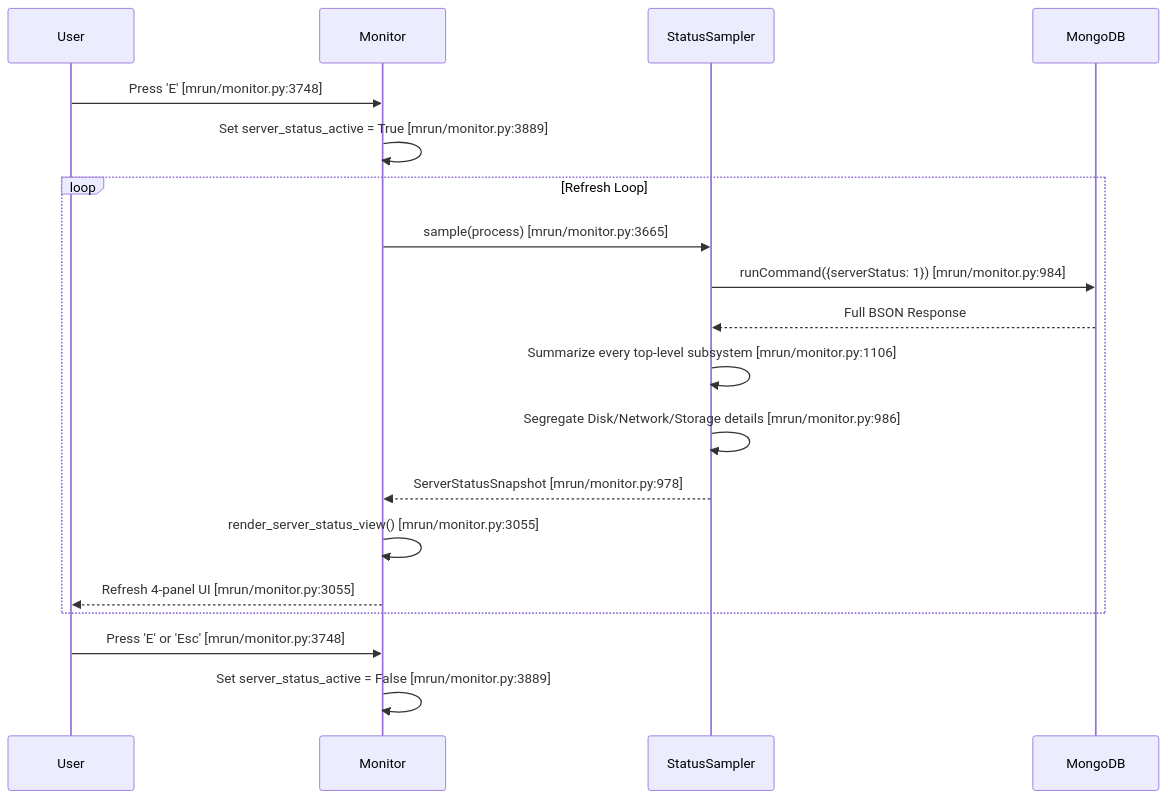
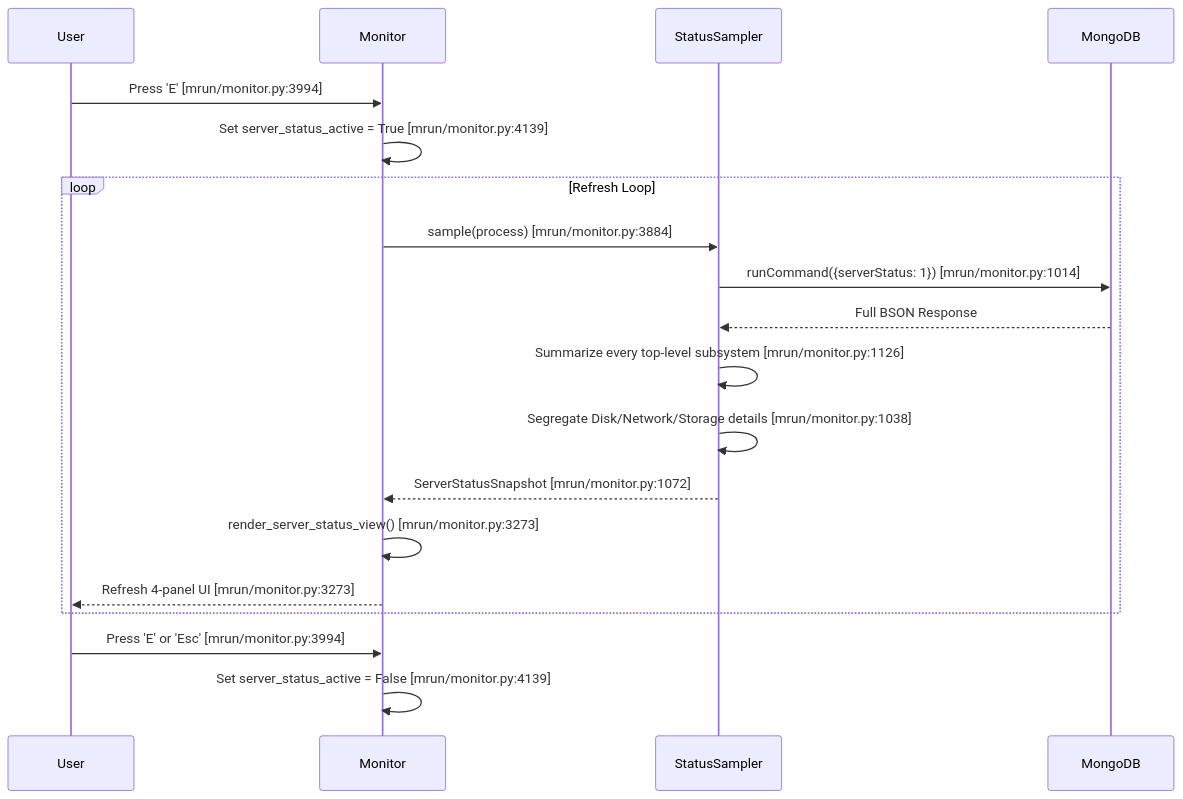
One commit to mongodb/mlaunch changed the fifth of 13 diagrams in doc/feature-monitor-guide.md. Above: the diagram before and after it, drawn with Mermaid. The commit also changed other lines of this file and 2 other files, not shown here.

````diff
--- a/doc/feature-monitor-guide.md
+++ b/doc/feature-monitor-guide.md
@@ -534,22 +549,22 @@
 ```mermaid
 sequenceDiagram
     participant User
     participant Monitor
     participant StatusSampler
     participant Mongo as MongoDB
 
-    User->>Monitor: Press 'E' [mrun/monitor.py:3748]
-    Monitor->>Monitor: Set server_status_active = True [mrun/monitor.py:3889]
+    User->>Monitor: Press 'E' [mrun/monitor.py:3994]
+    Monitor->>Monitor: Set server_status_active = True [mrun/monitor.py:4139]
     loop Refresh Loop
-        Monitor->>StatusSampler: sample(process) [mrun/monitor.py:3665]
-        StatusSampler->>Mongo: runCommand({serverStatus: 1}) [mrun/monitor.py:984]
+        Monitor->>StatusSampler: sample(process) [mrun/monitor.py:3884]
+        StatusSampler->>Mongo: runCommand({serverStatus: 1}) [mrun/monitor.py:1014]
         Mongo-->>StatusSampler: Full BSON Response
-        StatusSampler->>StatusSampler: Summarize every top-level subsystem [mrun/monitor.py:1106]
-        StatusSampler->>StatusSampler: Segregate Disk/Network/Storage details [mrun/monitor.py:986]
-        StatusSampler-->>Monitor: ServerStatusSnapshot [mrun/monitor.py:978]
-        Monitor->>Monitor: render_server_status_view() [mrun/monitor.py:3055]
-        Monitor-->>User: Refresh 4-panel UI [mrun/monitor.py:3055]
+        StatusSampler->>StatusSampler: Summarize every top-level subsystem [mrun/monitor.py:1126]
+        StatusSampler->>StatusSampler: Segregate Disk/Network/Storage details [mrun/monitor.py:1038]
+        StatusSampler-->>Monitor: ServerStatusSnapshot [mrun/monitor.py:1072]
+        Monitor->>Monitor: render_server_status_view() [mrun/monitor.py:3273]
+        Monitor-->>User: Refresh 4-panel UI [mrun/monitor.py:3273]
     end
-    User->>Monitor: Press 'E' or 'Esc' [mrun/monitor.py:3748]
-    Monitor->>Monitor: Set server_status_active = False [mrun/monitor.py:3889]
+    User->>Monitor: Press 'E' or 'Esc' [mrun/monitor.py:3994]
+    Monitor->>Monitor: Set server_status_active = False [mrun/monitor.py:4139]
 ```
````
